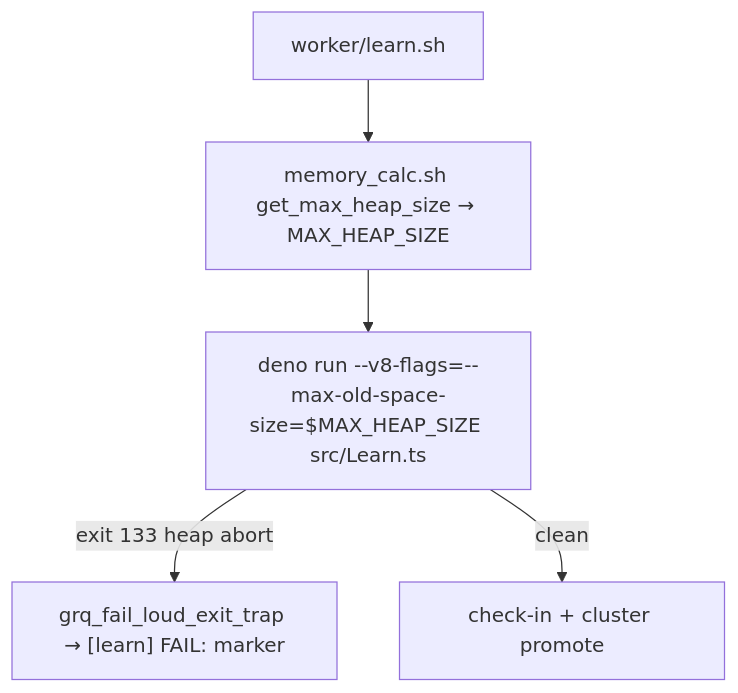
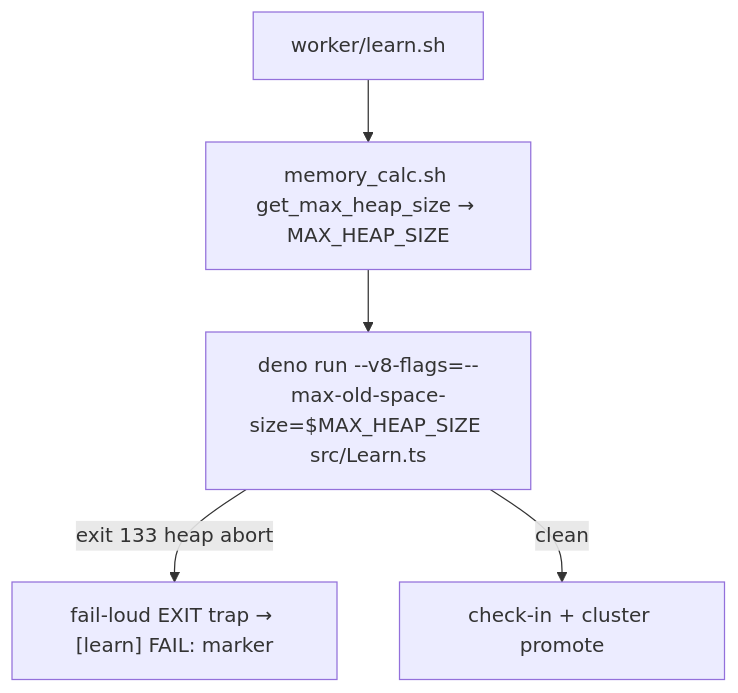
One commit to stSoftwareAU/NEAT-AI-core changed the diagram in docs/archive/pr-summaries/pr-summary-299.md. Above: the diagram before and after it, drawn with Mermaid. The commit also changed other lines of this file and 14 other files, not shown here.

````diff
--- a/docs/archive/pr-summaries/pr-summary-299.md
+++ b/docs/archive/pr-summaries/pr-summary-299.md
@@ -51,7 +54,7 @@
 ```mermaid
 flowchart TD
     A["worker/learn.sh"] --> B["memory_calc.sh get_max_heap_size → MAX_HEAP_SIZE"]
     B --> C["deno run --v8-flags=--max-old-space-size=$MAX_HEAP_SIZE src/Learn.ts"]
-    C -->|"exit 133 heap abort"| D["grq_fail_loud_exit_trap → [learn] FAIL: marker"]
+    C -->|"exit 133 heap abort"| D["fail-loud EXIT trap → [learn] FAIL: marker"]
     C -->|"clean"| E["check-in + cluster promote"]
 ```
````
